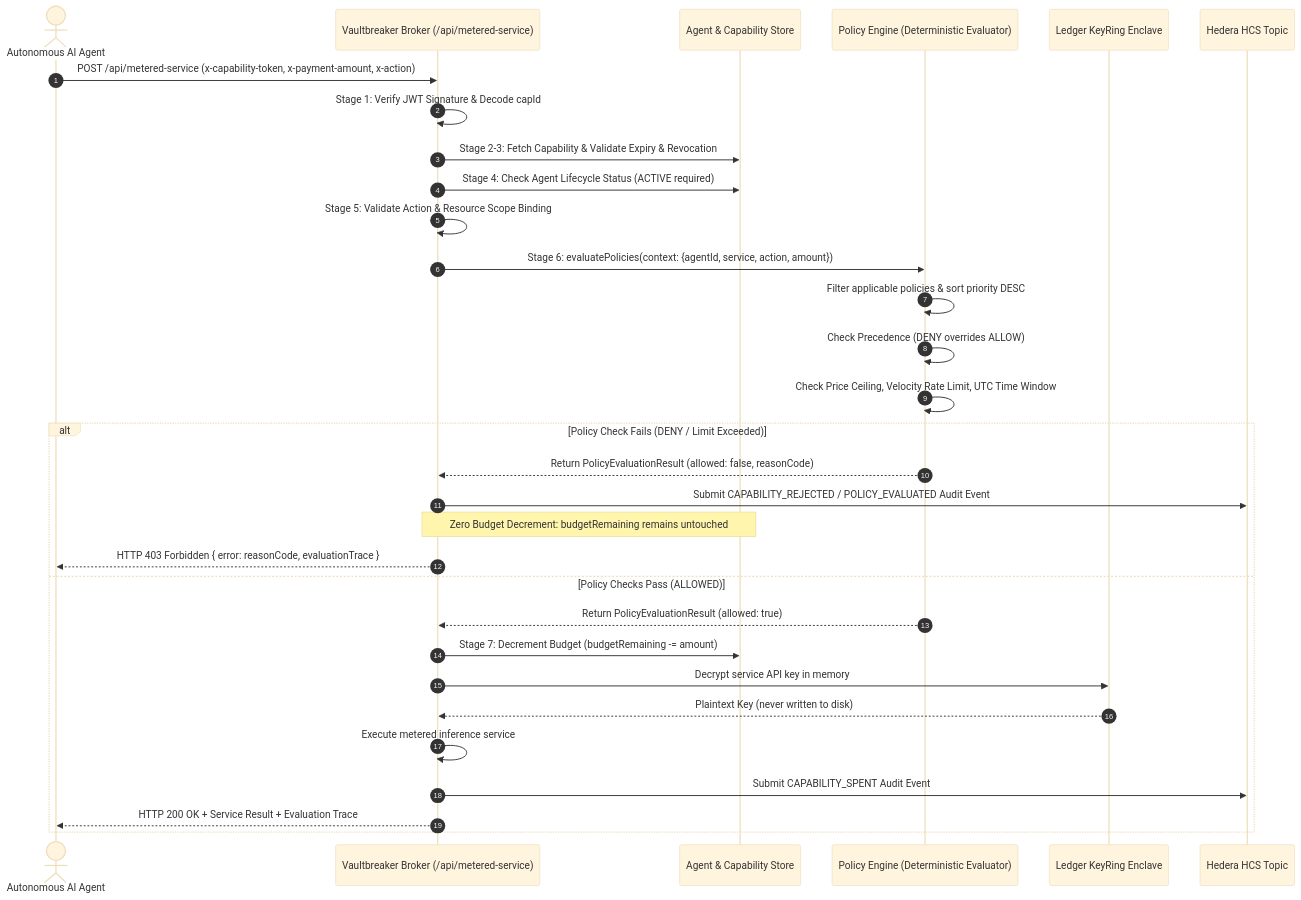
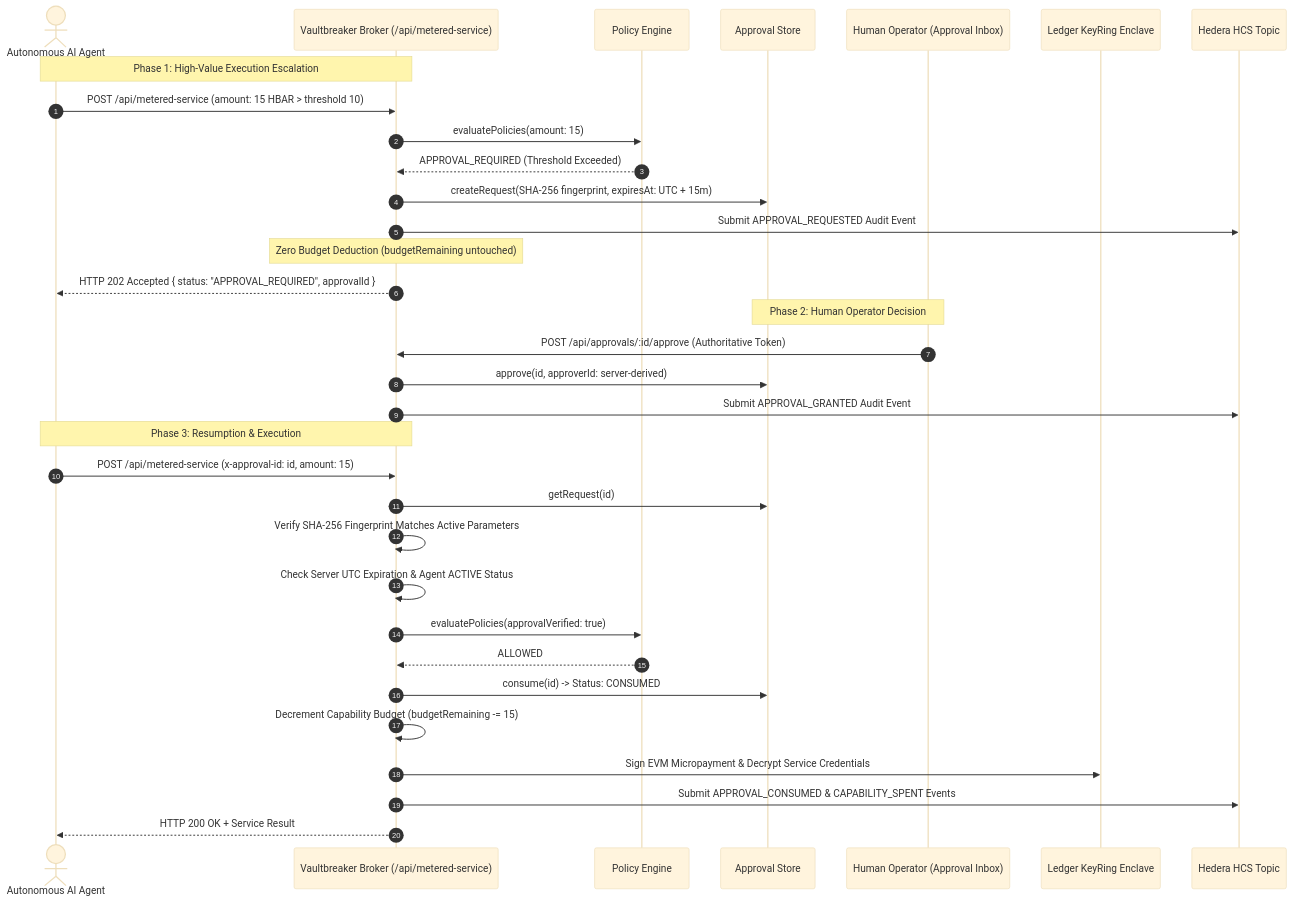
Before and after one commit to hrshjswniii/VaultBreaker: the diagram in docs/AUTHORIZATION_FLOW.md, drawn with Mermaid (base theme). The commit also changed other lines of this file and 7 other files, not shown here.

````diff
--- a/docs/AUTHORIZATION_FLOW.md
+++ b/docs/AUTHORIZATION_FLOW.md
@@ -79,36 +94,38 @@
 ```mermaid
 sequenceDiagram
     autonumber
     actor Agent as Autonomous AI Agent
     participant Broker as Vaultbreaker Broker (/api/metered-service)
-    participant Reg as Agent & Capability Store
-    participant Engine as Policy Engine (Deterministic Evaluator)
+    participant Engine as Policy Engine
+    participant AppStore as Approval Store
+    participant Operator as Human Operator (Approval Inbox)
     participant KeyRing as Ledger KeyRing Enclave
     participant HCS as Hedera HCS Topic
 
-    Agent->>Broker: POST /api/metered-service (x-capability-token, x-payment-amount, x-action)
-    Broker->>Broker: Stage 1: Verify JWT Signature & Decode capId
-    Broker->>Reg: Stage 2-3: Fetch Capability & Validate Expiry & Revocation
-    Broker->>Reg: Stage 4: Check Agent Lifecycle Status (ACTIVE required)
-    Broker->>Broker: Stage 5: Validate Action & Resource Scope Binding
-    
-    Broker->>Engine: Stage 6: evaluatePolicies(context: {agentId, service, action, amount})
-    Engine->>Engine: Filter applicable policies & sort priority DESC
-    Engine->>Engine: Check Precedence (DENY overrides ALLOW)
-    Engine->>Engine: Check Price Ceiling, Velocity Rate Limit, UTC Time Window
-    
-    alt Policy Check Fails (DENY / Limit Exceeded)
-        Engine-->>Broker: Return PolicyEvaluationResult (allowed: false, reasonCode)
-        Broker->>HCS: Submit CAPABILITY_REJECTED / POLICY_EVALUATED Audit Event
-        Note over Broker,Reg: Zero Budget Decrement: budgetRemaining remains untouched
-        Broker-->>Agent: HTTP 403 Forbidden { error: reasonCode, evaluationTrace }
-    else Policy Checks Pass (ALLOWED)
-        Engine-->>Broker: Return PolicyEvaluationResult (allowed: true)
-        Broker->>Reg: Stage 7: Decrement Budget (budgetRemaining -= amount)
-        Broker->>KeyRing: Decrypt service API key in memory
-        KeyRing-->>Broker: Plaintext Key (never written to disk)
-        Broker->>Broker: Execute metered inference service
-        Broker->>HCS: Submit CAPABILITY_SPENT Audit Event
-        Broker-->>Agent: HTTP 200 OK + Service Result + Evaluation Trace
-    end
+    Note over Agent,Broker: Phase 1: High-Value Execution Escalation
+    Agent->>Broker: POST /api/metered-service (amount: 15 HBAR > threshold 10)
+    Broker->>Engine: evaluatePolicies(amount: 15)
+    Engine-->>Broker: APPROVAL_REQUIRED (Threshold Exceeded)
+    Broker->>AppStore: createRequest(SHA-256 fingerprint, expiresAt: UTC + 15m)
+    Broker->>HCS: Submit APPROVAL_REQUESTED Audit Event
+    Note over Broker: Zero Budget Deduction (budgetRemaining untouched)
+    Broker-->>Agent: HTTP 202 Accepted { status: "APPROVAL_REQUIRED", approvalId }
+
+    Note over Operator,AppStore: Phase 2: Human Operator Decision
+    Operator->>Broker: POST /api/approvals/:id/approve (Authoritative Token)
+    Broker->>AppStore: approve(id, approverId: server-derived)
+    Broker->>HCS: Submit APPROVAL_GRANTED Audit Event
+
+    Note over Agent,Broker: Phase 3: Resumption & Execution
+    Agent->>Broker: POST /api/metered-service (x-approval-id: id, amount: 15)
+    Broker->>AppStore: getRequest(id)
+    Broker->>Broker: Verify SHA-256 Fingerprint Matches Active Parameters
+    Broker->>Broker: Check Server UTC Expiration & Agent ACTIVE Status
+    Broker->>Engine: evaluatePolicies(approvalVerified: true)
+    Engine-->>Broker: ALLOWED
+    Broker->>AppStore: consume(id) -> Status: CONSUMED
+    Broker->>Broker: Decrement Capability Budget (budgetRemaining -= 15)
+    Broker->>KeyRing: Sign EVM Micropayment & Decrypt Service Credentials
+    Broker->>HCS: Submit APPROVAL_CONSUMED & CAPABILITY_SPENT Events
+    Broker-->>Agent: HTTP 200 OK + Service Result
 ```
````
